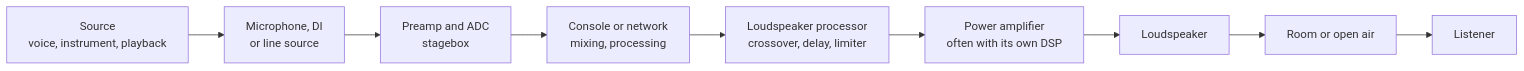
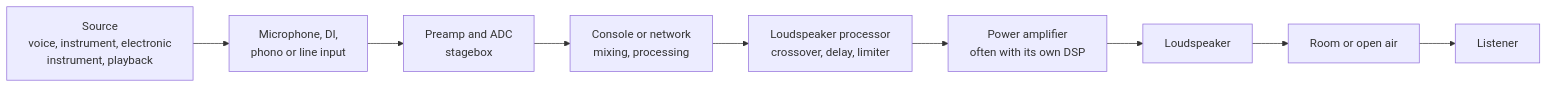
Before and after one commit to SdWa5/docs: the first of 3 diagrams in docs/sound-reinforcement/01-signals-and-systems.md, drawn with Mermaid. The commit also changed other lines of this file and 4 other files, not shown here.

````diff
--- a/docs/sound-reinforcement/01-signals-and-systems.md
+++ b/docs/sound-reinforcement/01-signals-and-systems.md
@@ -119,11 +121,12 @@
 ```mermaid
 flowchart LR
-    src["Source<br/>voice, instrument, playback"] --> mic["Microphone, DI<br/>or line source"]
+    src["Source<br/>voice, instrument, electronic<br/>instrument, playback"]
+    src --> mic["Microphone, DI,<br/>phono or line input"]
     mic --> pre["Preamp and ADC<br/>stagebox"]
     pre --> net["Console or network<br/>mixing, processing"]
     net --> dsp["Loudspeaker processor<br/>crossover, delay, limiter"]
     dsp --> amp["Power amplifier<br/>often with its own DSP"]
     amp --> spk["Loudspeaker"]
     spk --> room["Room or open air"]
     room --> ear["Listener"]
 ```
````
